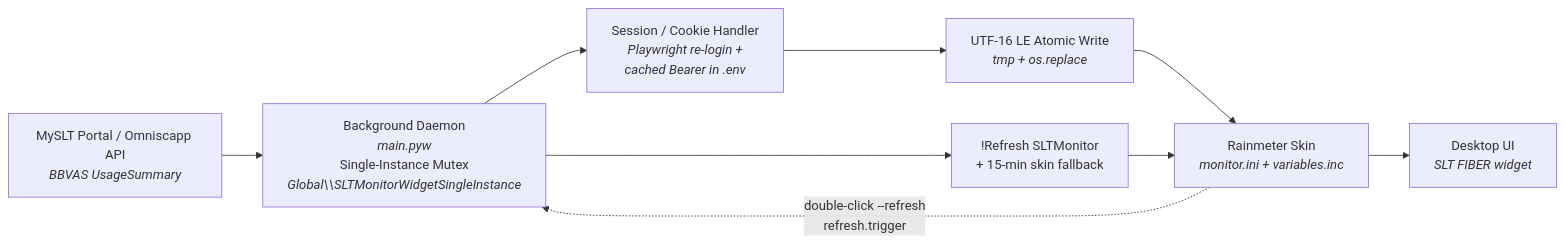
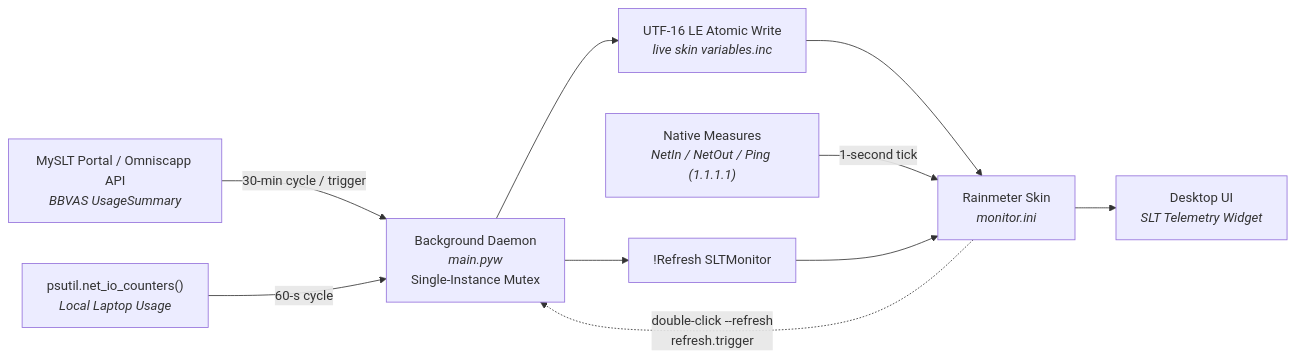
One commit to janithush/SLT_Fiber_Monitor changed the diagram in README.md. Above: the diagram before and after it, drawn with Mermaid. The commit also changed other lines of this file and 6 other files, not shown here.

Commit message:
feat: complete telemetry refactor with unlimited quota parsing, native rainmeter speed/ping, psutil pc tracking, and vbs startup automation

````diff
--- a/README.md
+++ b/README.md
@@ -50,11 +34,12 @@
 ```mermaid
 flowchart LR
-    A["MySLT Portal / Omniscapp API<br/><i>BBVAS UsageSummary</i>"] --> B["Background Daemon<br/><i>main.pyw</i><br/>Single-Instance Mutex<br/><i>Global\\SLTMonitorWidgetSingleInstance</i>"]
-    B --> C["Session / Cookie Handler<br/><i>Playwright re-login +<br/>cached Bearer in .env</i>"]
-    C --> D["UTF-16 LE Atomic Write<br/><i>tmp + os.replace</i>"]
-    D --> E["Rainmeter Skin<br/><i>monitor.ini + variables.inc</i>"]
-    E --> F["Desktop UI<br/><i>SLT FIBER widget</i>"]
+    A["MySLT Portal / Omniscapp API<br/><i>BBVAS UsageSummary</i>"] -->|"30-min cycle / trigger"| B["Background Daemon<br/><i>main.pyw</i><br/>Single-Instance Mutex"]
+    C["psutil.net_io_counters()<br/><i>Local Laptop Usage</i>"] -->|"60-s cycle"| B
+    B --> D["UTF-16 LE Atomic Write<br/><i>live skin variables.inc</i>"]
+    D --> E["Rainmeter Skin<br/><i>monitor.ini</i>"]
+    F["Native Measures<br/><i>NetIn / NetOut / Ping (1.1.1.1)</i>"] -->|"1-second tick"| E
+    E --> G["Desktop UI<br/><i>SLT Telemetry Widget</i>"]
     E -.->|"double-click --refresh<br/>refresh.trigger"| B
-    B --> G["!Refresh SLTMonitor<br/>+ 15-min skin fallback"]
-    G --> E
+    B --> H["!Refresh SLTMonitor"]
+    H --> E
 ```
````
